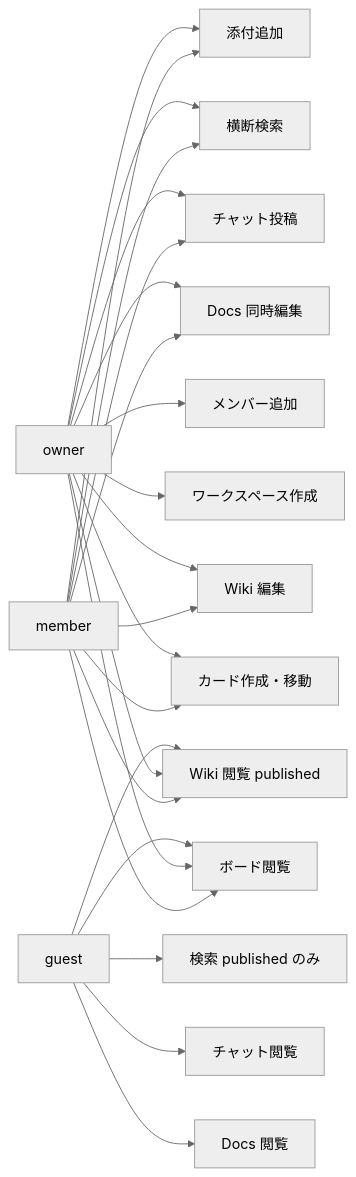
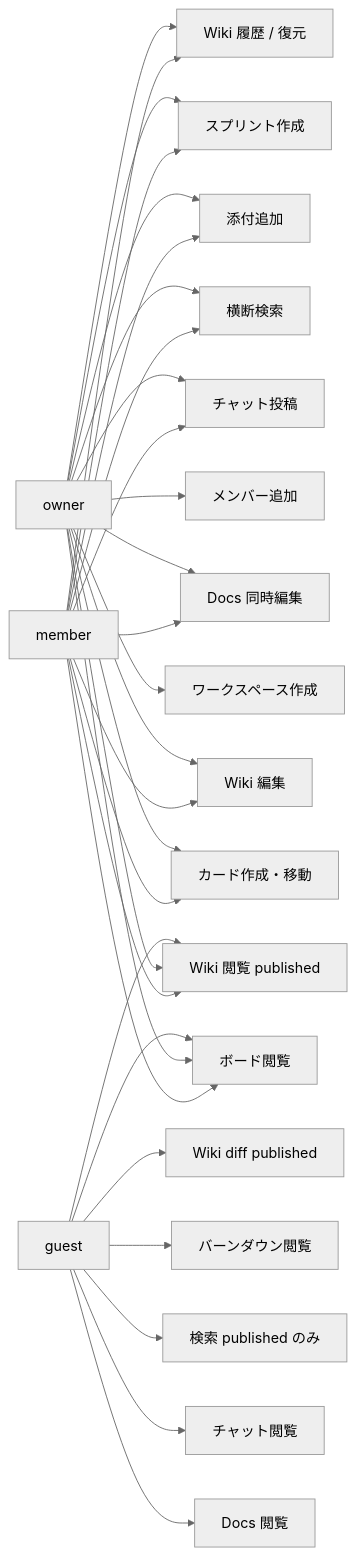
The first of 11 diagrams in portfolio-plan/workspace/docs/06-diagrams.md (maeplego/portfolio-plan), drawn with Mermaid (neutral theme) before and after one commit. The commit also changed other lines of this file and 7 other files, not shown here.

First line of the commit message:
docs(P04): record sprint burndown and wiki history as slice 7

````diff
--- a/portfolio-plan/workspace/docs/06-diagrams.md
+++ b/portfolio-plan/workspace/docs/06-diagrams.md
@@ -12,30 +12,36 @@
 ```mermaid
 flowchart LR
   owner[owner]
   member[member]
   guest[guest]
 
   owner --> createWs[ワークスペース作成]
   owner --> addMember[メンバー追加]
   owner --> editBoard[カード作成・移動]
   member --> editBoard
   guest --> readBoard[ボード閲覧]
   owner --> readBoard
   member --> readBoard
   owner --> editWiki[Wiki 編集]
   member --> editWiki
   guest --> readWiki[Wiki 閲覧 published]
   owner --> readWiki
   member --> readWiki
   owner --> editDoc[Docs 同時編集]
   member --> editDoc
   guest --> readDoc[Docs 閲覧]
   owner --> chat[チャット投稿]
   member --> chat
   guest --> readChat[チャット閲覧]
   owner --> search[横断検索]
   member --> search
   guest --> searchGuest[検索 published のみ]
   owner --> attach[添付追加]
   member --> attach
+  owner --> sprint[スプリント作成]
+  member --> sprint
+  guest --> readSprint[バーンダウン閲覧]
+  owner --> wikiHist[Wiki 履歴 / 復元]
+  member --> wikiHist
+  guest --> wikiDiff[Wiki diff published]
 ```
````
